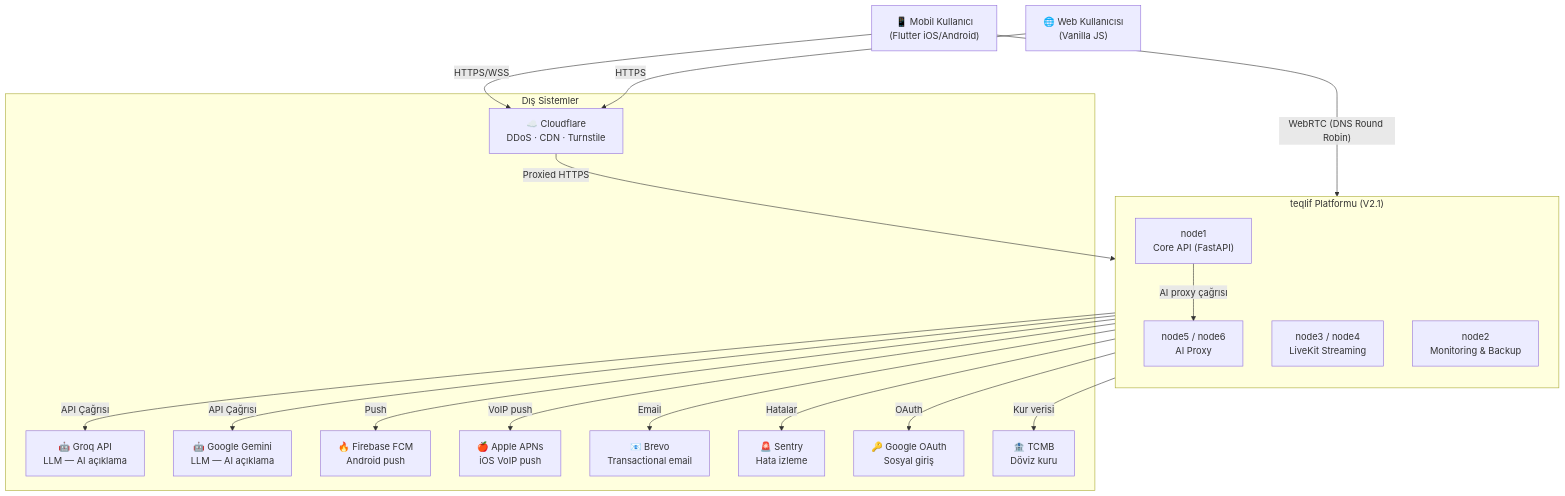
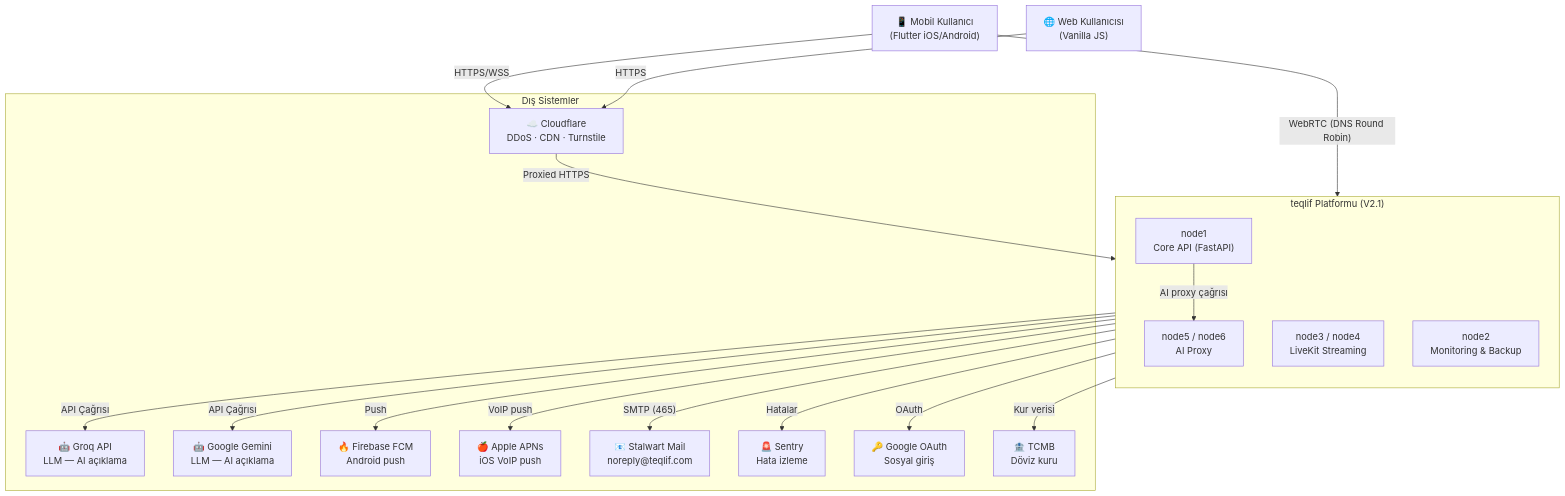
The first of 7 diagrams in README.md (tucibeyin/teqlif), drawn with Mermaid before and after one commit. The commit also changed 6 other files, not shown here.

First line of the commit message:
chore(mail): Brevo referansları temizlendi

````diff
--- a/README.md
+++ b/README.md
@@ -89,39 +89,39 @@
 ```mermaid
 flowchart TB
     MOB["📱 Mobil Kullanıcı\n(Flutter iOS/Android)"]
     WEB["🌐 Web Kullanıcısı\n(Vanilla JS)"]
 
     subgraph TEQLIF["teqlif Platformu (V2.1)"]
         direction TB
         CORE["node1\nCore API (FastAPI)"]
         LK["node3 / node4\nLiveKit Streaming"]
         AI["node5 / node6\nAI Proxy"]
         OBS["node2\nMonitoring & Backup"]
     end
 
     subgraph EXT["Dış Sistemler"]
         CF["☁️ Cloudflare\nDDoS · CDN · Turnstile"]
         GROQ["🤖 Groq API\nLLM — AI açıklama"]
         GEM["🤖 Google Gemini\nLLM — AI açıklama"]
         FCM["🔥 Firebase FCM\nAndroid push"]
         APNS["🍎 Apple APNs\niOS VoIP push"]
-        BREVO["📧 Brevo\nTransactional email"]
+        STALWART["📧 Stalwart Mail\nnoreply@teqlif.com"]
         SENTRY["🚨 Sentry\nHata izleme"]
         GOOGLE["🔑 Google OAuth\nSosyal giriş"]
         TCMB["🏦 TCMB\nDöviz kuru"]
     end
 
     MOB -->|"HTTPS/WSS"| CF
     WEB -->|"HTTPS"| CF
     CF -->|"Proxied HTTPS"| CORE
     MOB -->|"WebRTC (DNS Round Robin)"| LK
     CORE -->|"AI proxy çağrısı"| AI
     AI -->|"API Çağrısı"| GROQ
     AI -->|"API Çağrısı"| GEM
     CORE -->|"Push"| FCM
     CORE -->|"VoIP push"| APNS
-    CORE -->|"Email"| BREVO
+    CORE -->|"SMTP (465)"| STALWART
     CORE -->|"Hatalar"| SENTRY
     CORE -->|"OAuth"| GOOGLE
     CORE -->|"Kur verisi"| TCMB
 ```
````
